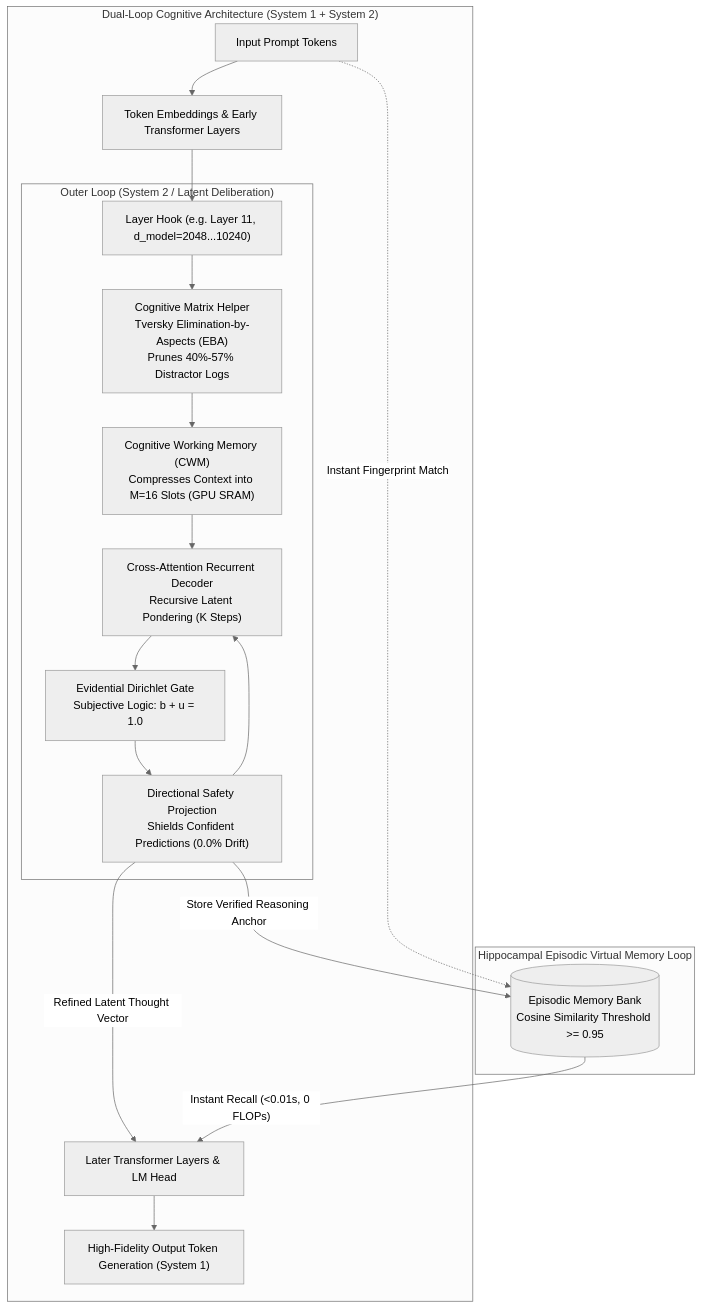
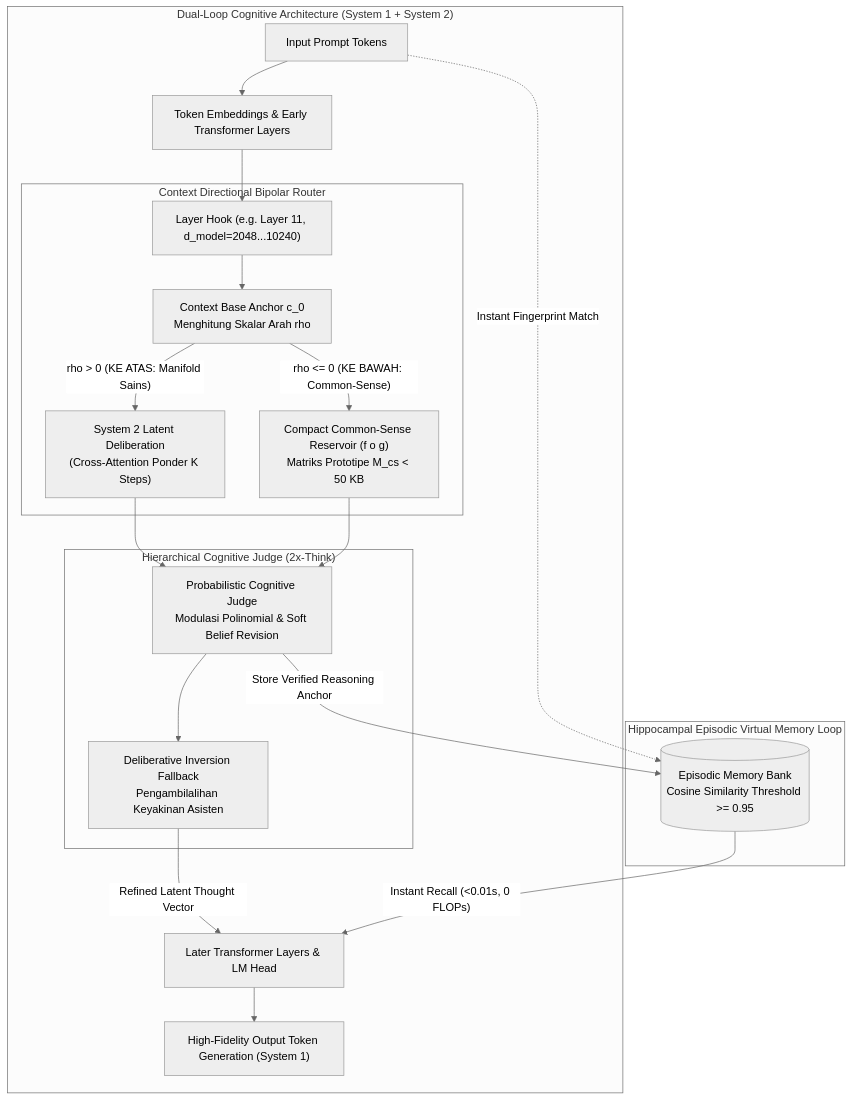
One commit to Ch3nOff/dual-loop-controller changed the diagram in docs/README_id.md. Above: the diagram before and after it, drawn with Mermaid (neutral theme). The commit also changed other lines of this file and 6 other files, not shown here.

Commit message:
docs(release): bump to v2.3.0, update READMEs with 76.00% benchmark, add system comparison graph and token overload analysis

````diff
--- a/docs/README_id.md
+++ b/docs/README_id.md
@@ -21,25 +21,28 @@
 ```mermaid
 graph TD
     subgraph "Dual-Loop Cognitive Architecture (System 1 + System 2)"
         In["Input Prompt Tokens"] --> Emb["Token Embeddings & Early Transformer Layers"]
         Emb --> LHook["Layer Hook (e.g. Layer 11, d_model=2048...10240)"]
         
-        subgraph "Outer Loop (System 2 / Latent Deliberation)"
-            LHook --> Matrix["Cognitive Matrix Helper\nTversky Elimination-by-Aspects (EBA)\nPrunes 40%-57% Distractor Logs"]
-            Matrix --> CWM["Cognitive Working Memory (CWM)\nCompresses Context into M=16 Slots (GPU SRAM)"]
-            CWM --> Dec["Cross-Attention Recurrent Decoder\nRecursive Latent Pondering (K Steps)"]
-            Dec --> Evid["Evidential Dirichlet Gate\nSubjective Logic: b + u = 1.0"]
-            Evid --> Safety["Directional Safety Projection\nShields Confident Predictions (0.0% Drift)"]
-            Safety --> Dec
+        subgraph "Context Directional Bipolar Router"
+            LHook --> Anchor["Context Base Anchor c_0\nMenghitung Skalar Arah rho"]
+            Anchor -->|"rho > 0 (KE ATAS: Manifold Sains)"| S2["System 2 Latent Deliberation\n(Cross-Attention Ponder K Steps)"]
+            Anchor -->|"rho <= 0 (KE BAWAH: Common-Sense)"| CSR["Compact Common-Sense Reservoir (f o g)\nMatriks Prototipe M_cs < 50 KB"]
+        end
+
+        subgraph "Hierarchical Cognitive Judge (2x-Think)"
+            S2 --> Judge["Probabilistic Cognitive Judge\nModulasi Polinomial & Soft Belief Revision"]
+            CSR --> Judge
+            Judge --> Fallback["Deliberative Inversion Fallback\nPengambilalihan Keyakinan Asisten"]
         end
         
-        Safety -->|"Refined Latent Thought Vector"| Post["Later Transformer Layers & LM Head"]
+        Fallback -->|"Refined Latent Thought Vector"| Post["Later Transformer Layers & LM Head"]
         Post --> Out["High-Fidelity Output Token Generation (System 1)"]
     end
     
     subgraph "Hippocampal Episodic Virtual Memory Loop"
-        Safety -->|"Store Verified Reasoning Anchor"| Mem[("Episodic Memory Bank\nCosine Similarity Threshold >= 0.95")]
+        Judge -->|"Store Verified Reasoning Anchor"| Mem[("Episodic Memory Bank\nCosine Similarity Threshold >= 0.95")]
         In -.->|"Instant Fingerprint Match"| Mem
         Mem -->|"Instant Recall (<0.01s, 0 FLOPs)"| Post
     end
 ```
````
